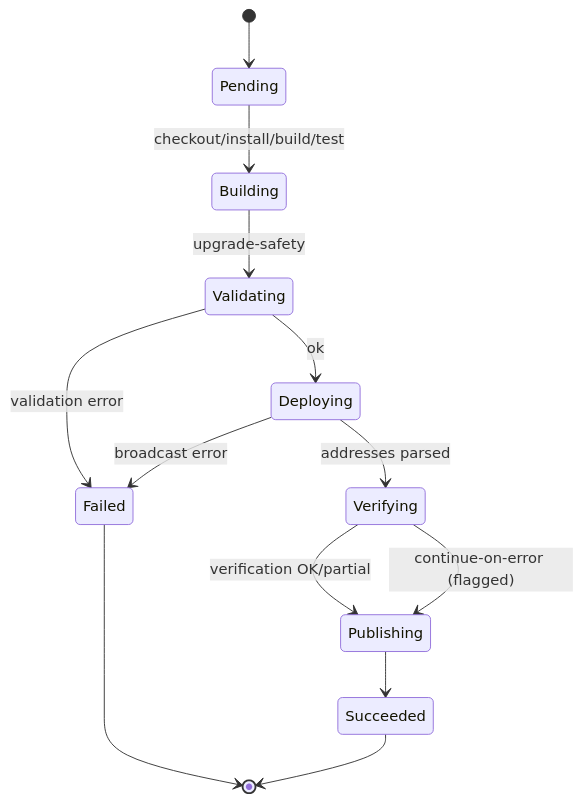
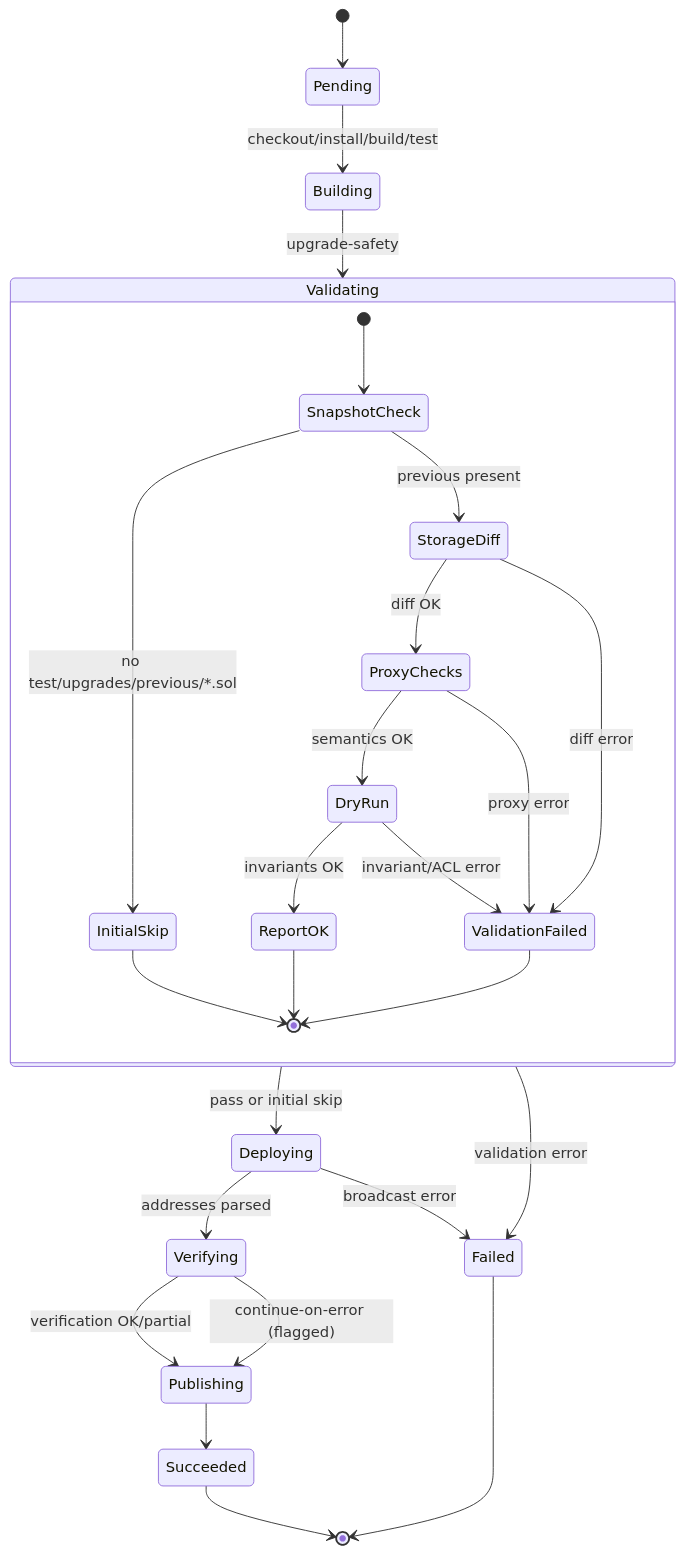
One commit to BreadchainCoop/etherform changed the second of 3 diagrams in docs/specs/ci-cd-automated-deployments.md. Above: the diagram before and after it, drawn with Mermaid. The commit also changed other lines of this file, not shown here.

Commit message:
docs: expand UML diagrams to detail upgrade-safety flow

````diff
--- a/docs/specs/ci-cd-automated-deployments.md
+++ b/docs/specs/ci-cd-automated-deployments.md
@@ -232,15 +246,38 @@
 ```mermaid
 stateDiagram
-   [*] --> Pending
-   Pending --> Building : checkout/install/build/test
-   Building --> Validating : upgrade-safety
-   Validating --> Deploying : ok
-   Validating --> Failed : validation error
-   Deploying --> Verifying : addresses parsed
-   Deploying --> Failed : broadcast error
-   Verifying --> Publishing : verification OK/partial
-   Verifying --> Publishing : continue-on-error (flagged)
-   Publishing --> Succeeded
-   Failed --> [*]
-   Succeeded --> [*]
+  [*] --> Pending
+  Pending --> Building : checkout/install/build/test
+  Building --> Validating : upgrade-safety
+
+  state Validating {
+    [*] --> SnapshotCheck
+    SnapshotCheck --> InitialSkip : no test/upgrades/previous/*.sol
+    SnapshotCheck --> StorageDiff : previous present
+
+    StorageDiff --> ProxyChecks : diff OK
+    StorageDiff --> ValidationFailed : diff error
+
+    ProxyChecks --> DryRun : semantics OK
+    ProxyChecks --> ValidationFailed : proxy error
+
+    DryRun --> ReportOK : invariants OK
+    DryRun --> ValidationFailed : invariant/ACL error
+
+    ReportOK --> [*]
+    InitialSkip --> [*]
+    ValidationFailed --> [*]
+  }
+
+  Validating --> Deploying : pass or initial skip
+  Validating --> Failed : validation error
+
+  Deploying --> Verifying : addresses parsed
+  Deploying --> Failed : broadcast error
+
+  Verifying --> Publishing : verification OK/partial
+  Verifying --> Publishing : continue-on-error (flagged)
+
+  Publishing --> Succeeded
+  Failed --> [*]
+  Succeeded --> [*]
 ```
````
